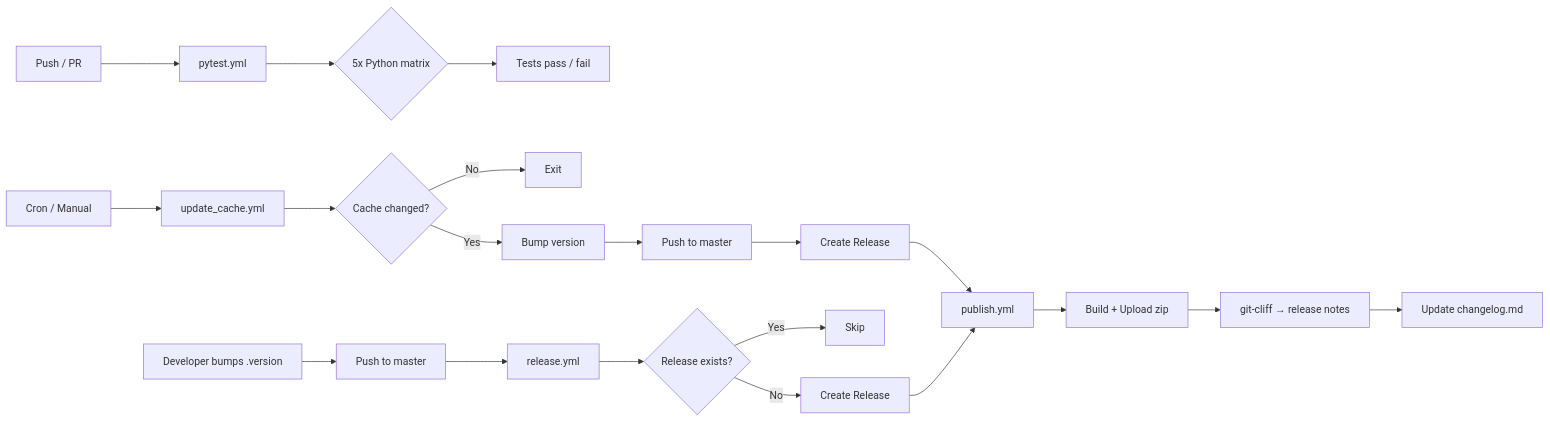
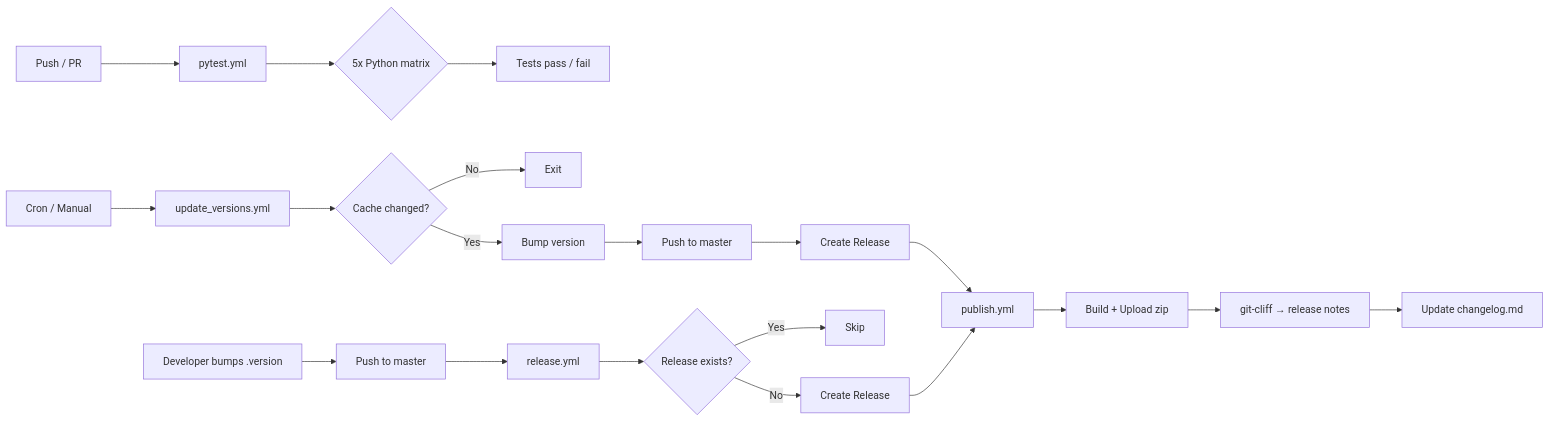
One commit to Satori-Analytics/pyenv-win changed the second of 3 diagrams in docs/ci-cd-workflows.md. Above: the diagram before and after it, drawn with Mermaid. The commit also changed other lines of this file and 3 other files, not shown here.

````diff
--- a/docs/ci-cd-workflows.md
+++ b/docs/ci-cd-workflows.md
@@ -87,24 +87,24 @@
 ```mermaid
 flowchart LR
     A[Push / PR] --> B[pytest.yml]
     B --> C{5x Python matrix}
     C --> D[Tests pass / fail]
 
-    E[Cron / Manual] --> F[update_cache.yml]
+    E[Cron / Manual] --> F[update_versions.yml]
     F --> G{Cache changed?}
     G -- No --> H[Exit]
     G -- Yes --> I[Bump version]
     I --> J[Push to master]
     J --> K[Create Release]
     K --> L[publish.yml]
     L --> M[Build + Upload zip]
     M --> M2[git-cliff → release notes]
     M2 --> M3[Update changelog.md]
 
     N[Developer bumps .version] --> O[Push to master]
     O --> P[release.yml]
     P --> Q{Release exists?}
     Q -- Yes --> R[Skip]
     Q -- No --> S[Create Release]
     S --> L
 ```
````
